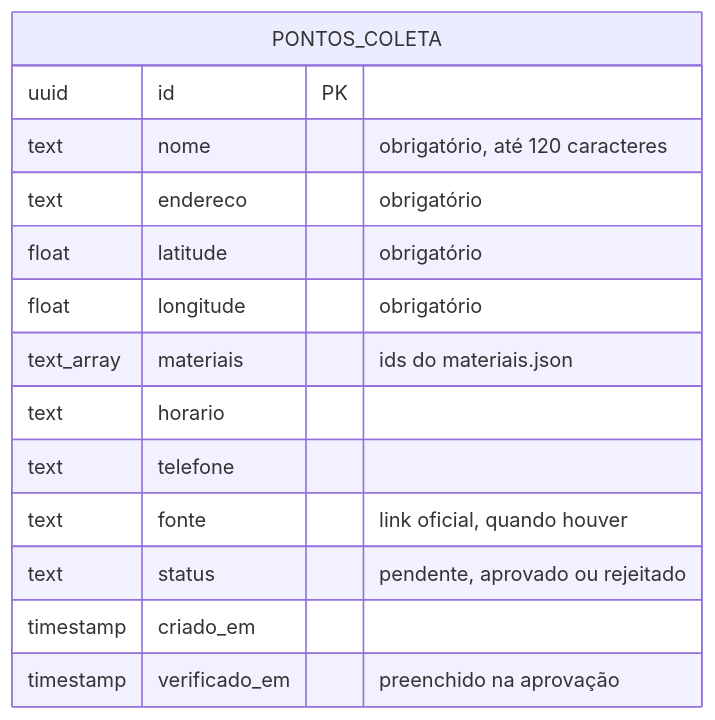
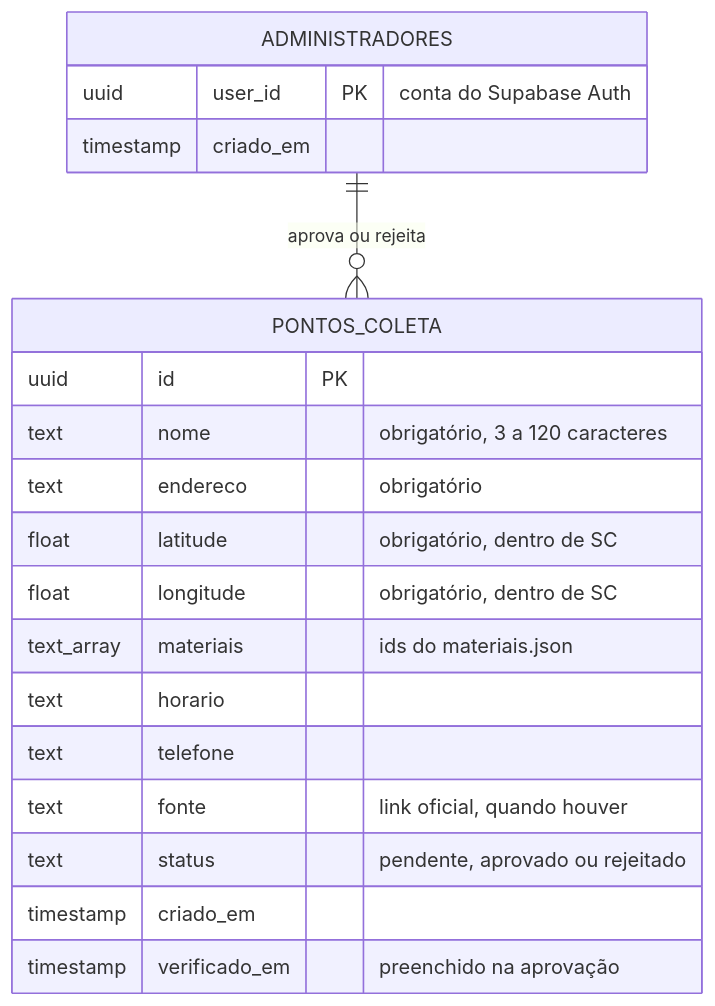
One commit to byLuanaRosa/descarte-certo changed the fourth of 5 diagrams in docs/projeto/diagramas.md. Above: the diagram before and after it, drawn with Mermaid. The commit also changed other lines of this file and 19 other files, not shown here.

````diff
--- a/docs/projeto/diagramas.md
+++ b/docs/projeto/diagramas.md
@@ -84,17 +85,22 @@
 ```mermaid
 erDiagram
+    ADMINISTRADORES ||--o{ PONTOS_COLETA : "aprova ou rejeita"
+    ADMINISTRADORES {
+        uuid user_id PK "conta do Supabase Auth"
+        timestamp criado_em
+    }
     PONTOS_COLETA {
         uuid id PK
-        text nome "obrigatório, até 120 caracteres"
+        text nome "obrigatório, 3 a 120 caracteres"
         text endereco "obrigatório"
-        float latitude "obrigatório"
-        float longitude "obrigatório"
+        float latitude "obrigatório, dentro de SC"
+        float longitude "obrigatório, dentro de SC"
         text_array materiais "ids do materiais.json"
         text horario
         text telefone
         text fonte "link oficial, quando houver"
         text status "pendente, aprovado ou rejeitado"
         timestamp criado_em
         timestamp verificado_em "preenchido na aprovação"
     }
 ```
````
